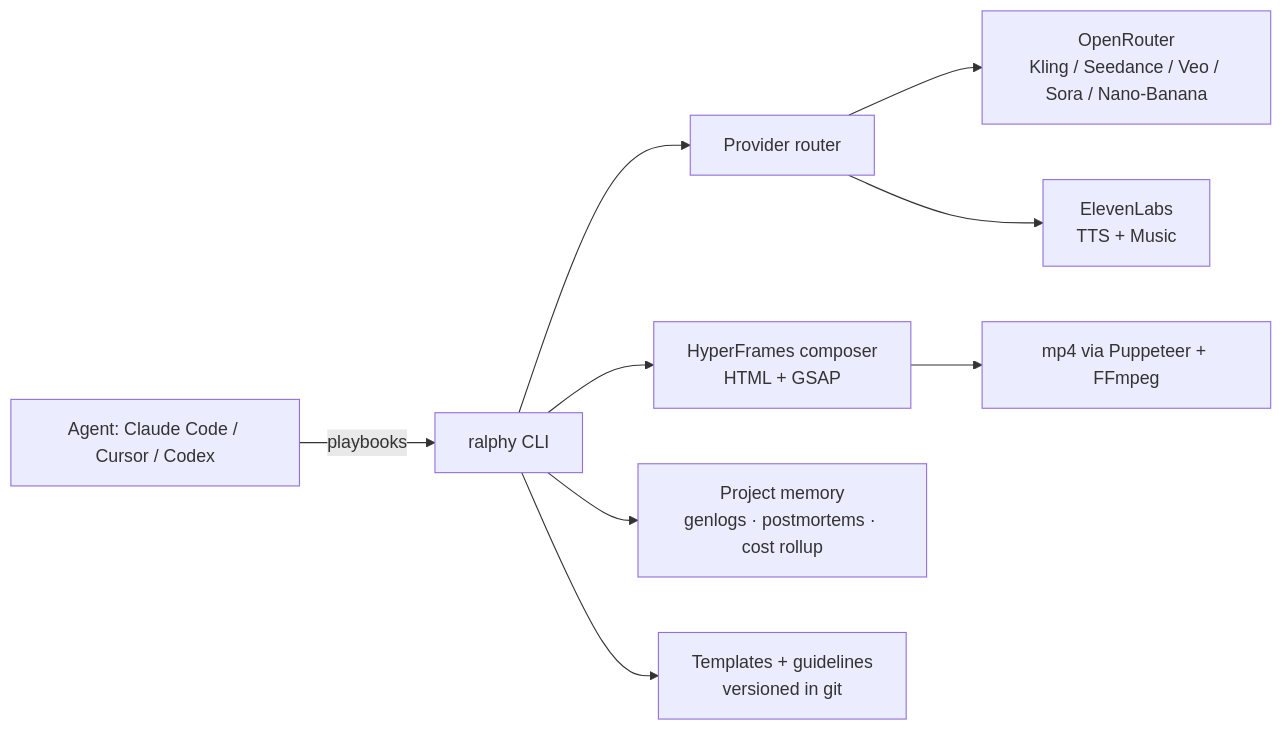
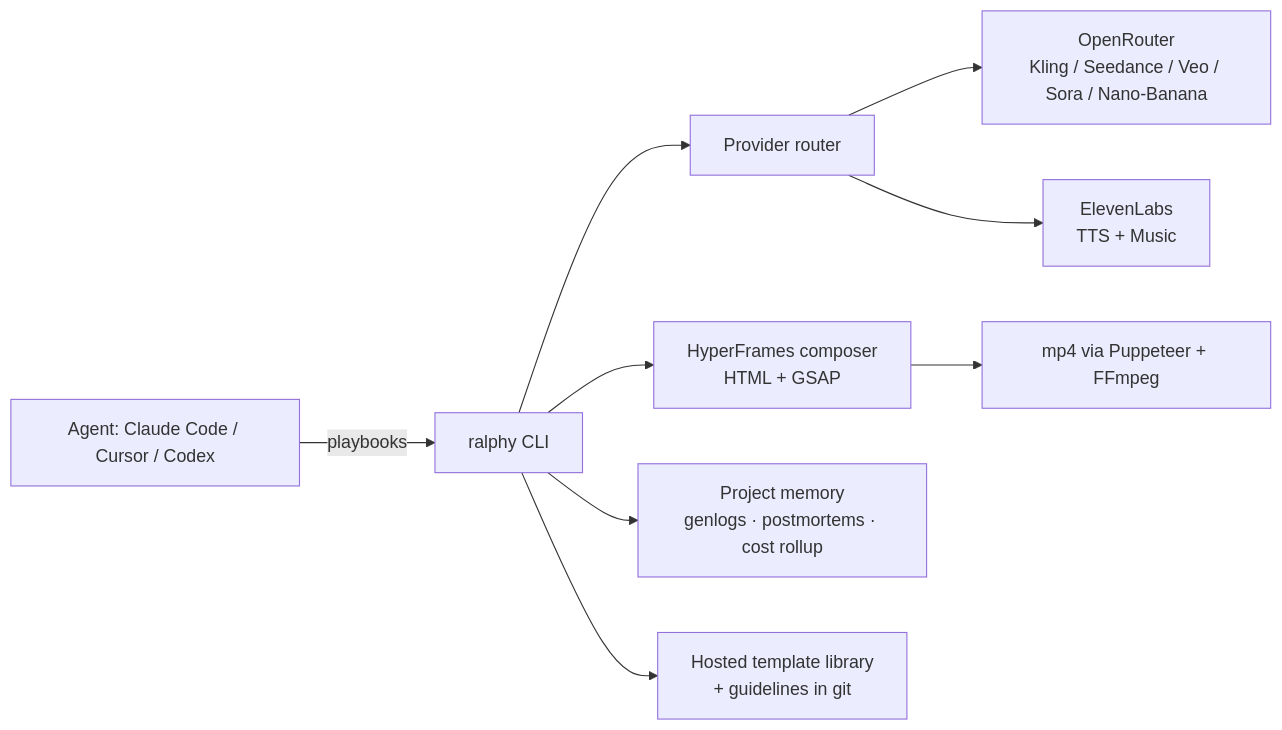
The diagram in README.md (alecs5am/ralphy), drawn with Mermaid before and after one commit. The commit also changed other lines of this file and 495 other files, not shown here.

````diff
--- a/README.md
+++ b/README.md
@@ -107,11 +106,11 @@
 ```mermaid
 graph LR
     A[Agent: Claude Code / Cursor / Codex] -->|playbooks| B[ralphy CLI]
     B --> C[Provider router]
     C --> D[OpenRouter<br/>Kling / Seedance / Veo / Sora / Nano-Banana]
     C --> E[ElevenLabs<br/>TTS + Music]
     B --> F[HyperFrames composer<br/>HTML + GSAP]
     F --> G[mp4 via Puppeteer + FFmpeg]
     B --> H[Project memory<br/>genlogs · postmortems · cost rollup]
-    B --> I[Templates + guidelines<br/>versioned in git]
+    B --> I[Hosted template library<br/>+ guidelines in git]
 ```
````
